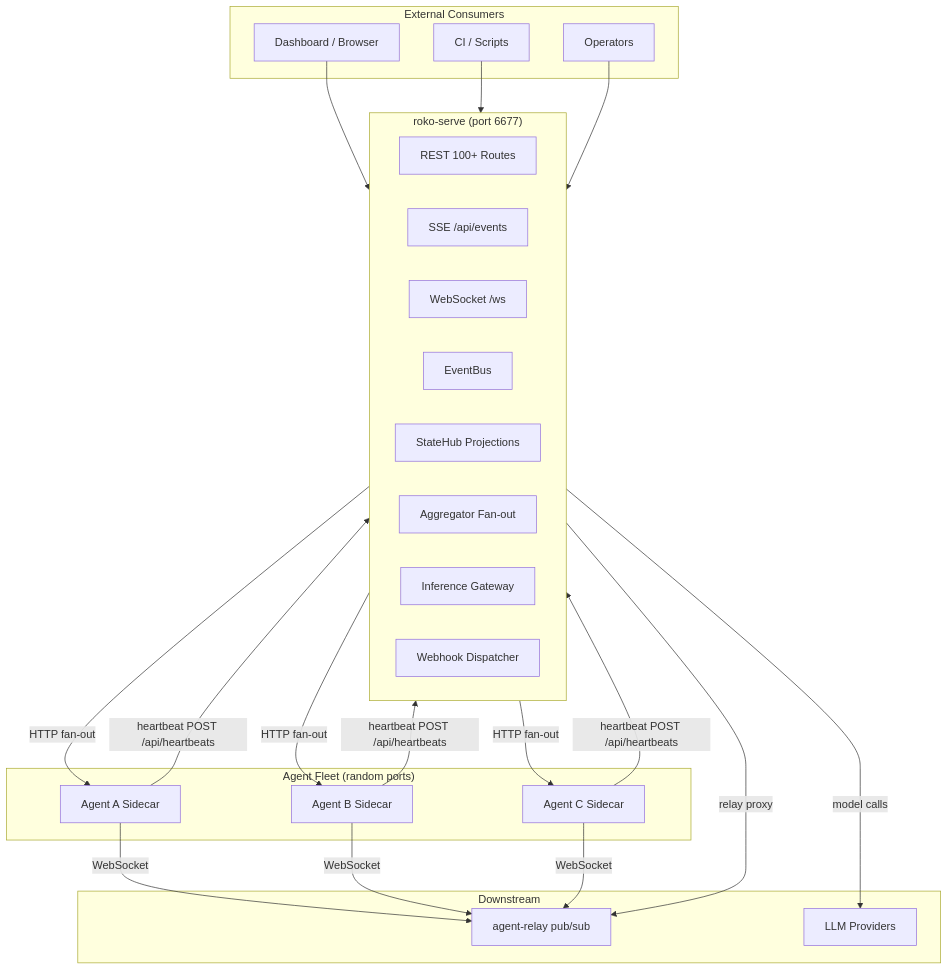
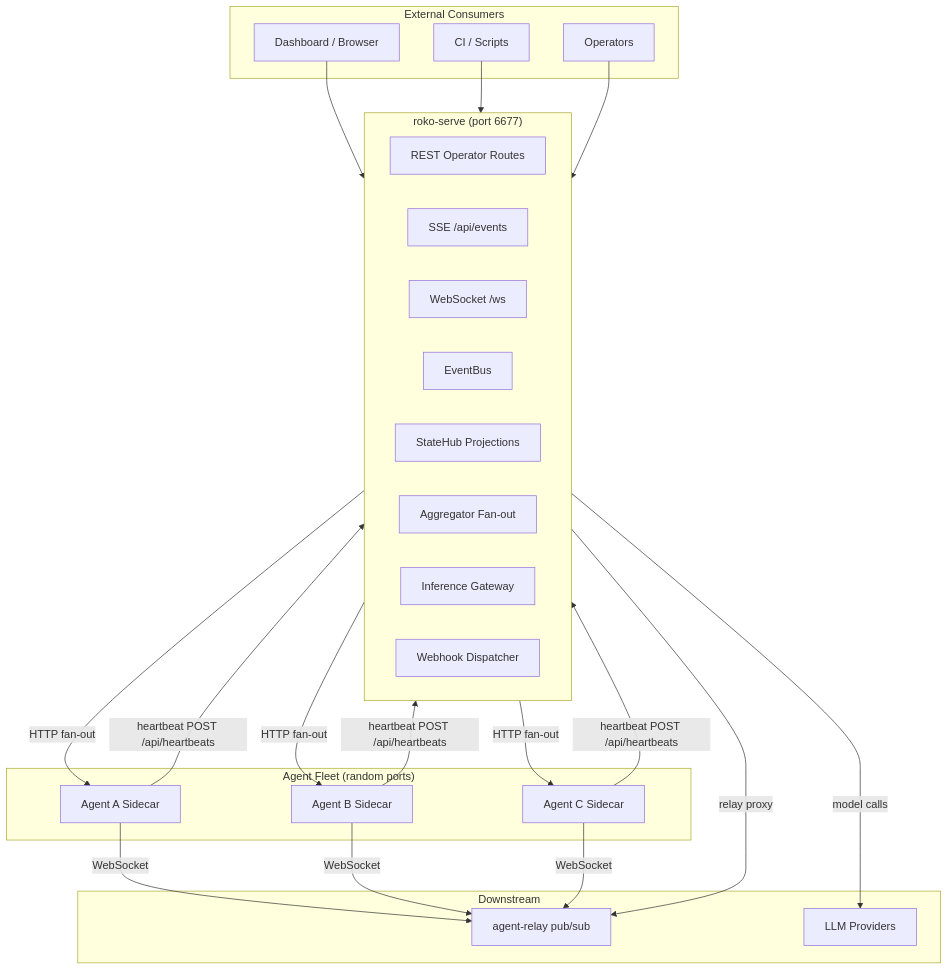
Before and after one commit to wpank/ironclaw: the first of 6 diagrams in tmp/ecosystem/control-plane.md, drawn with Mermaid. The commit also changed other lines of this file and 113 other files, not shown here.

````diff
--- a/tmp/ecosystem/control-plane.md
+++ b/tmp/ecosystem/control-plane.md
@@ -58,37 +58,37 @@
 ```mermaid
 graph TB
     subgraph External["External Consumers"]
         D[Dashboard / Browser]
         CI[CI / Scripts]
         OP[Operators]
     end
 
     subgraph CP["roko-serve (port 6677)"]
-        R[REST 100+ Routes]
+        R[REST Operator Routes]
         SSE[SSE /api/events]
         WS[WebSocket /ws]
         EB[EventBus<ServerEvent>]
         SH[StateHub Projections]
         Agg[Aggregator Fan-out]
         GW[Inference Gateway]
         Disp[Webhook Dispatcher]
     end
 
     subgraph Agents["Agent Fleet (random ports)"]
         A1[Agent A Sidecar]
         A2[Agent B Sidecar]
         A3[Agent C Sidecar]
     end
 
     subgraph Infra["Downstream"]
         Relay[agent-relay pub/sub]
         LLM[LLM Providers]
     end
 
     D & CI & OP --> CP
     CP -->|HTTP fan-out| A1 & A2 & A3
     A1 & A2 & A3 -->|heartbeat POST /api/heartbeats| CP
     A1 & A2 & A3 -->|WebSocket| Relay
     CP -->|relay proxy| Relay
     CP -->|model calls| LLM
 ```
````
